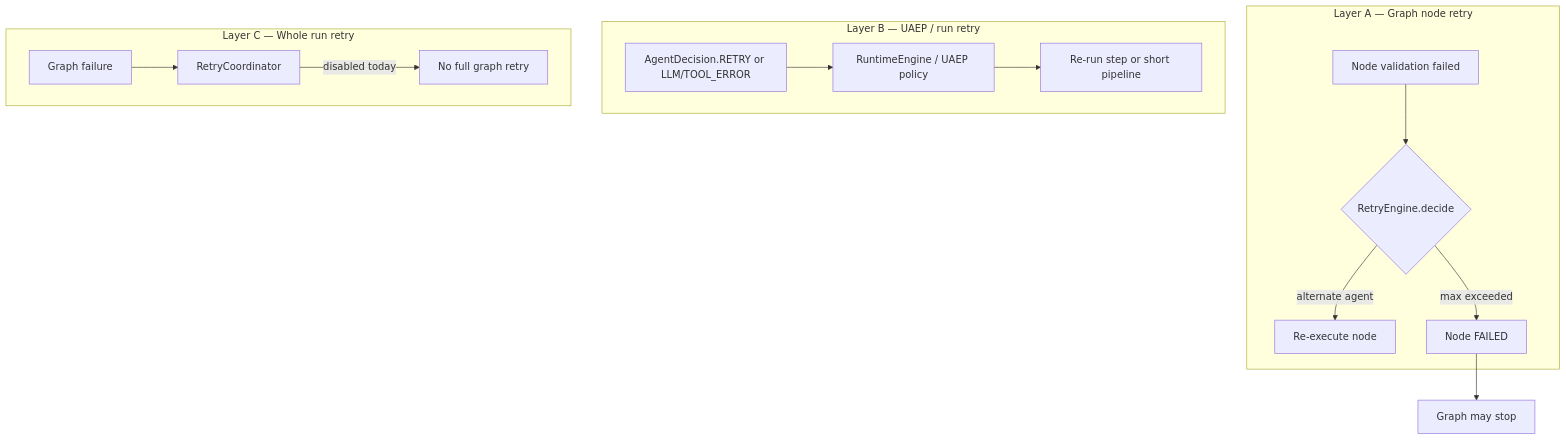
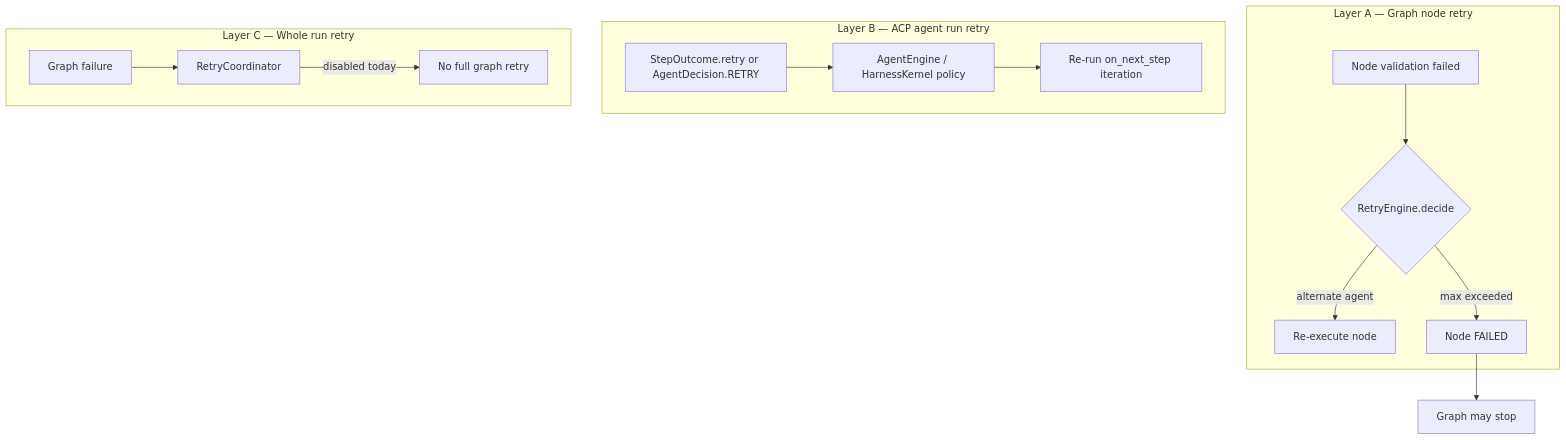
One commit to jakbuczarnecki/intergrax changed the tenth of 15 diagrams in docs/architecture/NEXUS_EXECUTION_FLOW.md. Above: the diagram before and after it, drawn with Mermaid. The commit also changed other lines of this file and 74 other files, not shown here.

Commit message:
Retire RuntimeEngine pipeline stack and scrub legacy docs (ACP-CLOSE-LEG-5)

````diff
--- a/docs/architecture/NEXUS_EXECUTION_FLOW.md
+++ b/docs/architecture/NEXUS_EXECUTION_FLOW.md
@@ -753,17 +753,17 @@
 ```mermaid
 flowchart TD
     subgraph LayerA["Layer A — Graph node retry"]
         V[Node validation failed] --> RE{RetryEngine.decide}
         RE -->|alternate agent| R1[Re-execute node]
         RE -->|max exceeded| F1[Node FAILED]
     end
-    subgraph LayerB["Layer B — UAEP / run retry"]
-        AD[AgentDecision.RETRY or LLM/TOOL_ERROR] --> UAEP[RuntimeEngine / UAEP policy]
-        UAEP --> STEP[Re-run step or short pipeline]
+    subgraph LayerB["Layer B — ACP agent run retry"]
+        AD[StepOutcome.retry or AgentDecision.RETRY] --> AE[AgentEngine / HarnessKernel policy]
+        AE --> STEP[Re-run on_next_step iteration]
     end
     subgraph LayerC["Layer C — Whole run retry"]
         GR[Graph failure] --> RC[RetryCoordinator]
         RC -->|disabled today| STOP[No full graph retry]
     end
     F1 --> G[Graph may stop]
 ```
````
